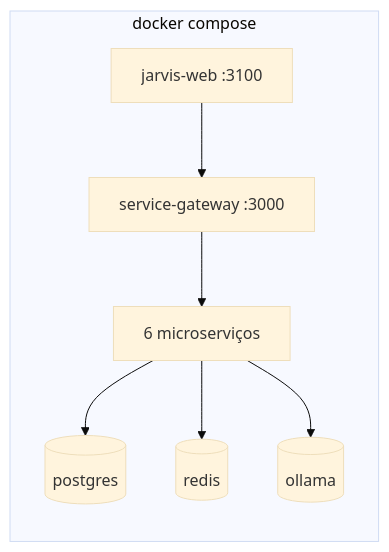
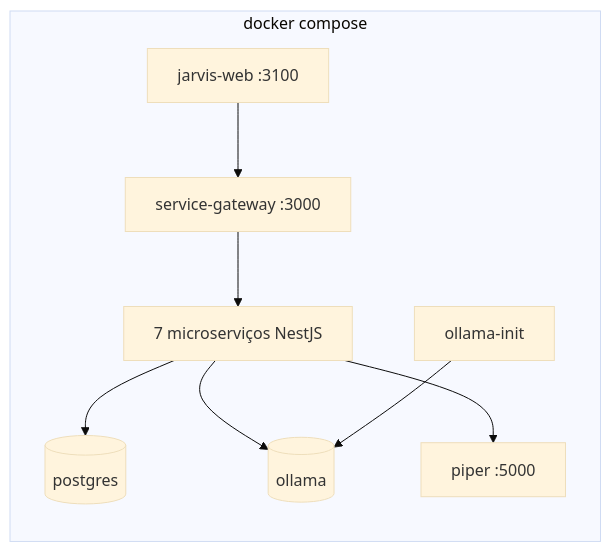
One commit to FranciscoStanley/MyJarvis changed the seventh of 8 diagrams in docs/architecture.md. Above: the diagram before and after it, drawn with Mermaid (base theme). The commit also changed other lines of this file and 9 other files, not shown here.

````diff
--- a/docs/architecture.md
+++ b/docs/architecture.md
@@ -201,16 +207,19 @@
 ```mermaid
 flowchart LR
     subgraph DockerCompose["docker compose"]
         direction TB
         WEB_C[jarvis-web :3100]
         GW_C[service-gateway :3000]
-        MS_C[6 microserviços]
+        MS_C[7 microserviços NestJS]
         PG_C[(postgres)]
-        RD_C[(redis)]
         OL_C[(ollama)]
+        OL_I[ollama-init]
+        PP_C[piper :5000]
     end
 
     WEB_C --> GW_C --> MS_C
-    MS_C --> PG_C & RD_C
+    MS_C --> PG_C
     MS_C --> OL_C
+    OL_I --> OL_C
+    MS_C --> PP_C
 ```
````
